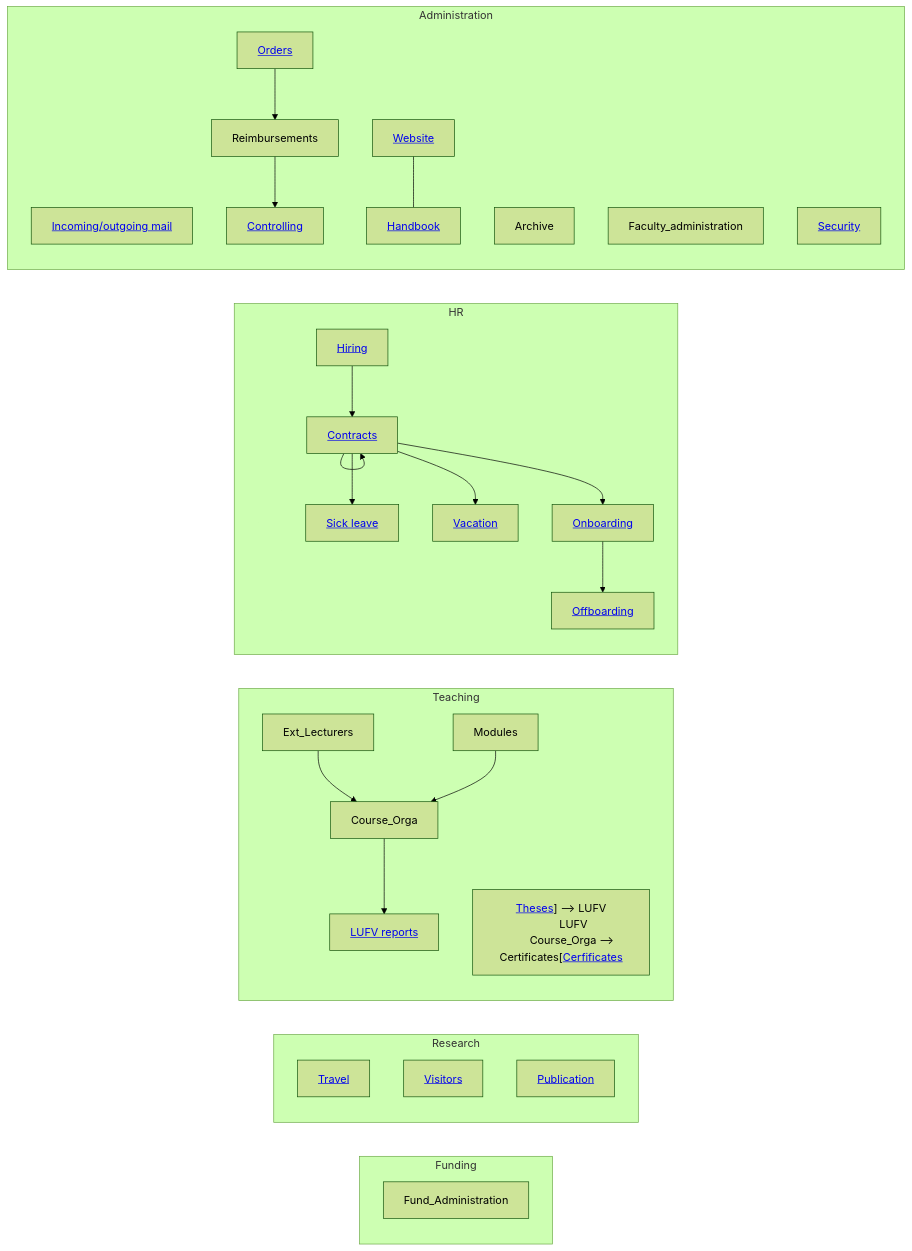
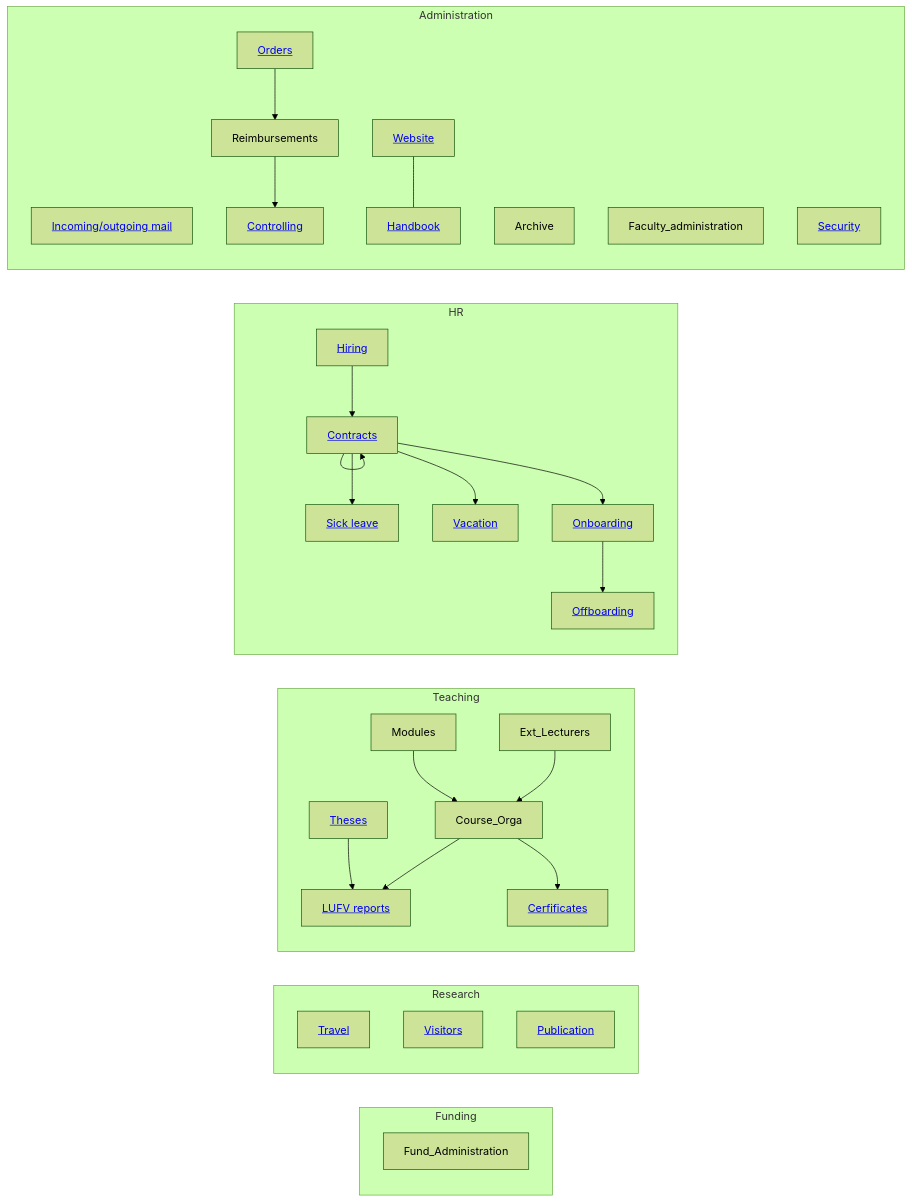
Before and after one commit to digital-work-lab/handbook: the diagram in docs/10-lab/10_processes/10.09.team_assistance.md, drawn with Mermaid (forest theme).

````diff
--- a/docs/10-lab/10_processes/10.09.team_assistance.md
+++ b/docs/10-lab/10_processes/10.09.team_assistance.md
@@ -13,39 +13,39 @@
 ```mermaid
 flowchart LR
     subgraph Funding
         Fund_Administration
     end
     subgraph Research
         Travel["<a href='10.50.travel.html'>Travel</a>"]
         Visitors["<a href='10.53.visitors.html'>Visitors</a>"]
         Publications["<a href='../../20-research/20_processes/20.33.publication.html'>Publication</a>"]
     end
     subgraph Teaching
         Ext_Lecturers --> Course_Orga
         Modules --> Course_Orga
         Course_Orga --> LUFV["<a href='../../30-teaching/30_processes/30.20.reports.html'>LUFV reports</a>"]
-        Theses["<a href='../../30-teaching/30_processes/30.40.theses.html'>Theses</a>] --> LUFV
+        Theses["<a href='../../30-teaching/30_processes/30.40.theses.html'>Theses</a>"] --> LUFV
         LUFV
-        Course_Orga --> Certificates["<a href='../../30-teaching/30_processes/30.51.certificates.html'>Cerfificates</a>]
+        Course_Orga --> Certificates["<a href='../../30-teaching/30_processes/30.51.certificates.html'>Cerfificates</a>"]
     end
     subgraph HR
         Hiring["<a href='10.30.hiring.html'>Hiring</a>"] --> Contracts["<a href='10.31.contracts.html'>Contracts</a>"]
         Contracts --> Contracts
         Contracts --> Onboarding["<a href='10.32.onboarding.html'>Onboarding</a>"]
         Contracts --> Sick_leave["<a href='10.35.sick_leave.html'>Sick leave</a>"]
         Contracts --> Vacation["<a href='10.33.vacation.html'>Vacation</a>"]
         Onboarding --> Offoarding["<a href='10.39.offboarding.html'>Offboarding</a>"]
     end
     subgraph Administration
         Mail["<a href='10.51.mail.html'>Incoming/outgoing mail</a>"]
         Archive
         Faculty_administration
         Orders["<a href='10.52.orders.html'>Orders</a>"] --> Reimbursements
         Reimbursements --> Controlling["<a href='10.70.controlling.html'>Controlling</a>"]
         Controlling
         Website["<a href='10.11.website.html'>Website</a>"] --- Handbook["<a href='10.10.handbook.html'>Handbook</a>"]
         Handbook
         Security["<a href='10.72.security.html'>Security</a>"]
     end
 
 ```
````
